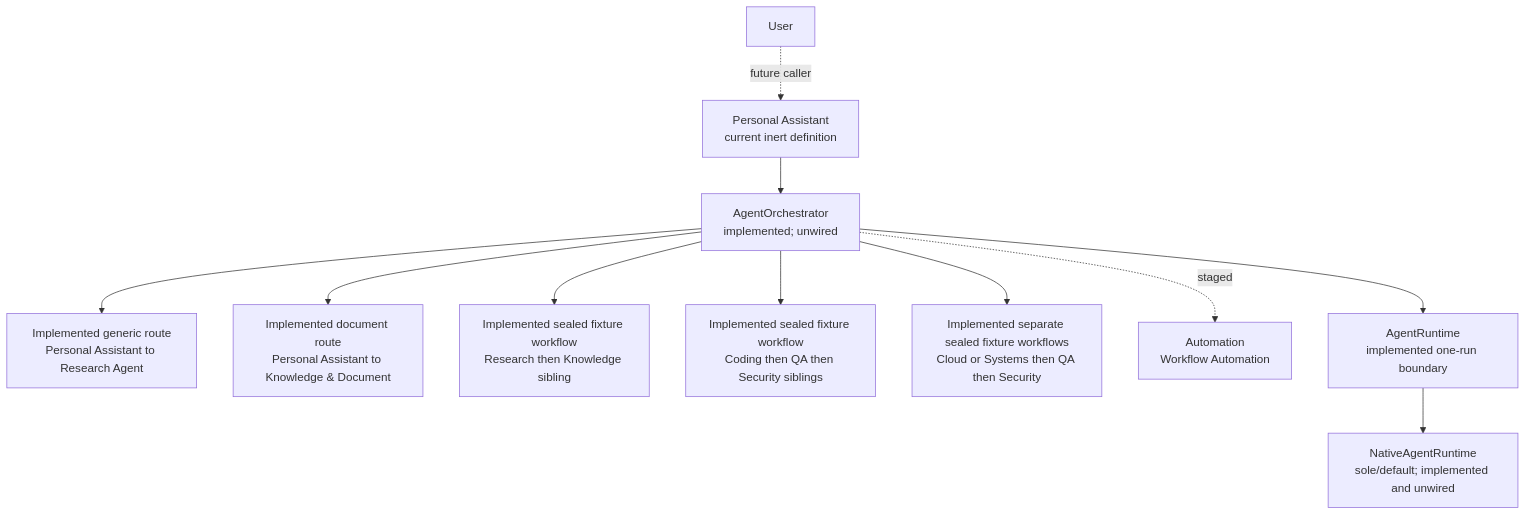
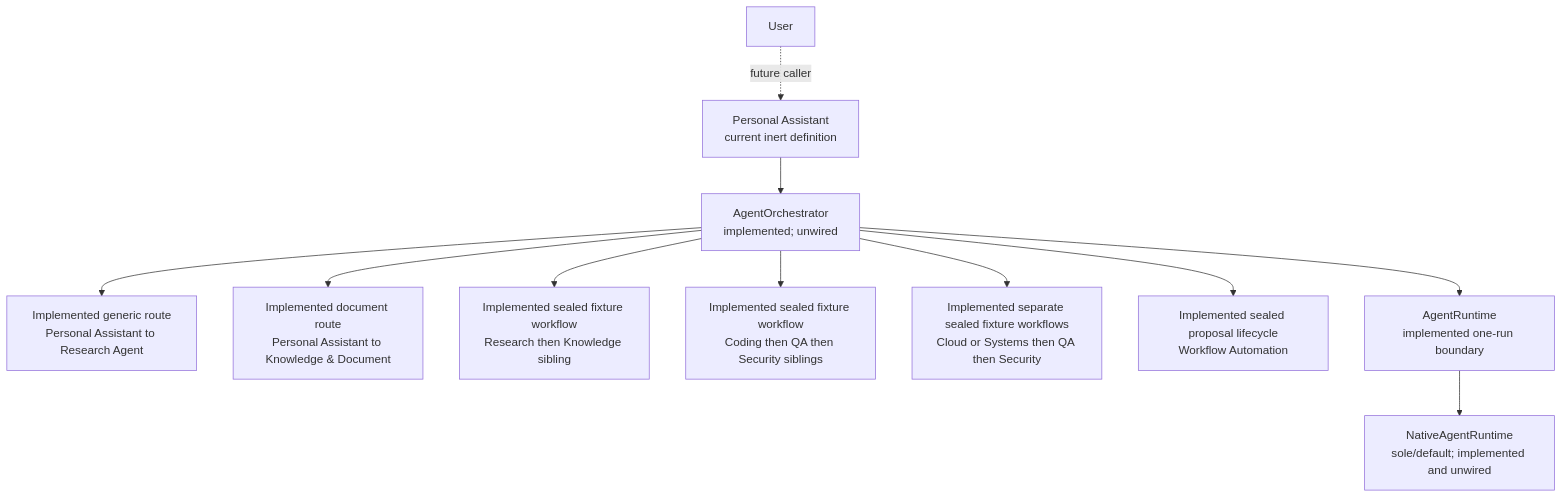
The fourth of 5 diagrams in ARCHITECTURE.md (SillyRbbit/ai-agent-assistant), drawn with Mermaid before and after one commit. The commit also changed other lines of this file and 32 other files, not shown here.

Commit message:
feat(agent): add typed workflow automation proposals

````diff
--- a/ARCHITECTURE.md
+++ b/ARCHITECTURE.md
@@ -199,13 +199,13 @@
 ```mermaid
 flowchart TD
     User["User"] -. "future caller" .-> Personal["Personal Assistant<br/>current inert definition"]
     Personal --> Orchestrator["AgentOrchestrator<br/>implemented; unwired"]
     Orchestrator --> Research["Implemented generic route<br/>Personal Assistant to Research Agent"]
     Orchestrator --> Knowledge["Implemented document route<br/>Personal Assistant to Knowledge & Document"]
     Orchestrator --> ResearchKnowledge["Implemented sealed fixture workflow<br/>Research then Knowledge sibling"]
     Orchestrator --> Engineering["Implemented sealed fixture workflow<br/>Coding then QA then Security siblings"]
     Orchestrator --> Operations["Implemented separate sealed fixture workflows<br/>Cloud or Systems then QA then Security"]
-    Orchestrator -. staged .-> Automation["Automation<br/>Workflow Automation"]
+    Orchestrator --> Automation["Implemented sealed proposal lifecycle<br/>Workflow Automation"]
     Orchestrator --> Runtime["AgentRuntime<br/>implemented one-run boundary"]
     Runtime --> Native["NativeAgentRuntime<br/>sole/default; implemented and unwired"]
 ```
````
